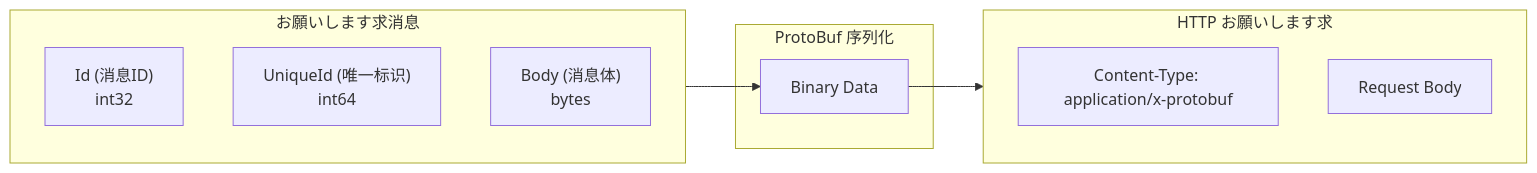
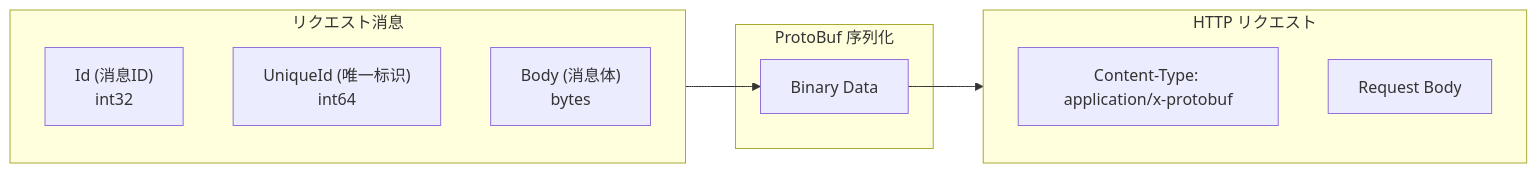
One commit to AlianBlank/GameFrameX.Docs changed the fourth of 5 diagrams in docs/ja/client/unity/component/web-protobuff/06.architecture.md. Above: the diagram before and after it, drawn with Mermaid. The commit also changed other lines of this file and 320 other files, not shown here.

````diff
--- a/docs/ja/client/unity/component/web-protobuff/06.architecture.md
+++ b/docs/ja/client/unity/component/web-protobuff/06.architecture.md
@@ -162,19 +162,19 @@
 ```mermaid
 flowchart LR
-    subgraph Request["お願いします求消息"]
+    subgraph Request["リクエスト消息"]
         ReqId["Id (消息ID)<br/>int32"]
         ReqUid["UniqueId (唯一标识)<br/>int64"]
         ReqBody["Body (消息体)<br/>bytes"]
     end
     
     subgraph Data["ProtoBuf 序列化"]
         Serialize["Binary Data"]
     end
     
-    subgraph HTTP["HTTP お願いします求"]
+    subgraph HTTP["HTTP リクエスト"]
         Header["Content-Type: application/x-protobuf"]
         BodyBytes["Request Body"]
     end
     
     Request --> Serialize --> HTTP
 ```
````
